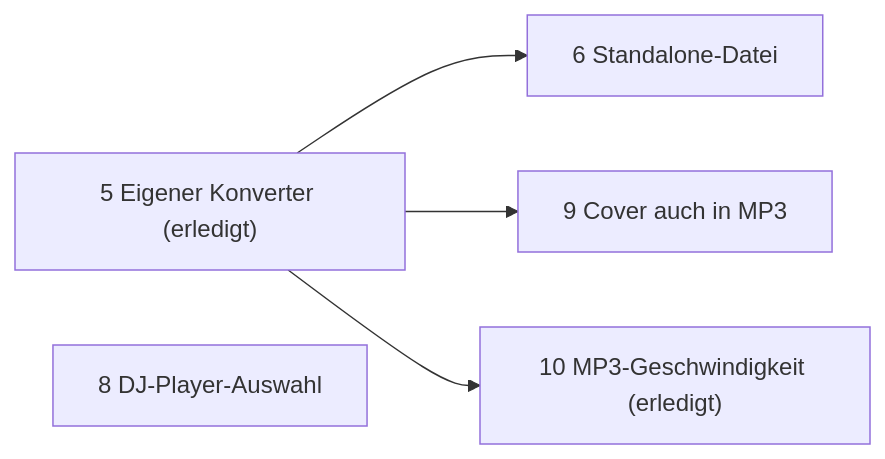
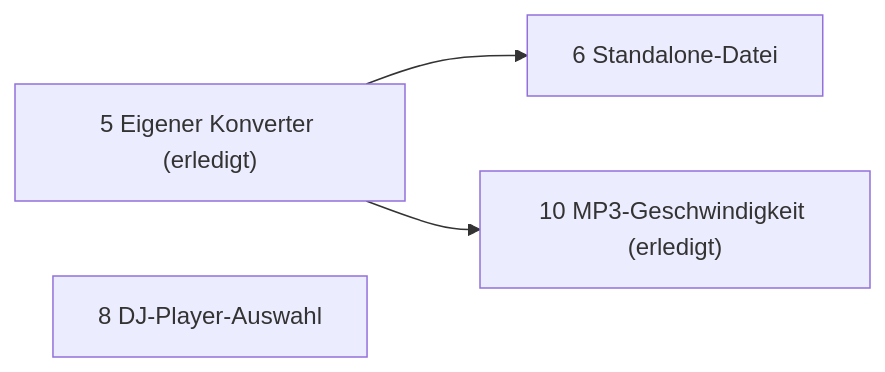
Before and after one commit to Senci/audio-konverter: the diagram in wiki/offen.md, drawn with Mermaid. The commit also changed other lines of this file and 5 other files, not shown here.

````diff
--- a/wiki/offen.md
+++ b/wiki/offen.md
@@ -3,7 +3,6 @@
 ```mermaid
 flowchart LR
     K["5 Eigener Konverter (erledigt)"] --> S["6 Standalone-Datei"]
-    K --> Q["9 Cover auch in MP3"]
     K --> R["10 MP3-Geschwindigkeit (erledigt)"]
     D["8 DJ-Player-Auswahl"]
 ```
````
